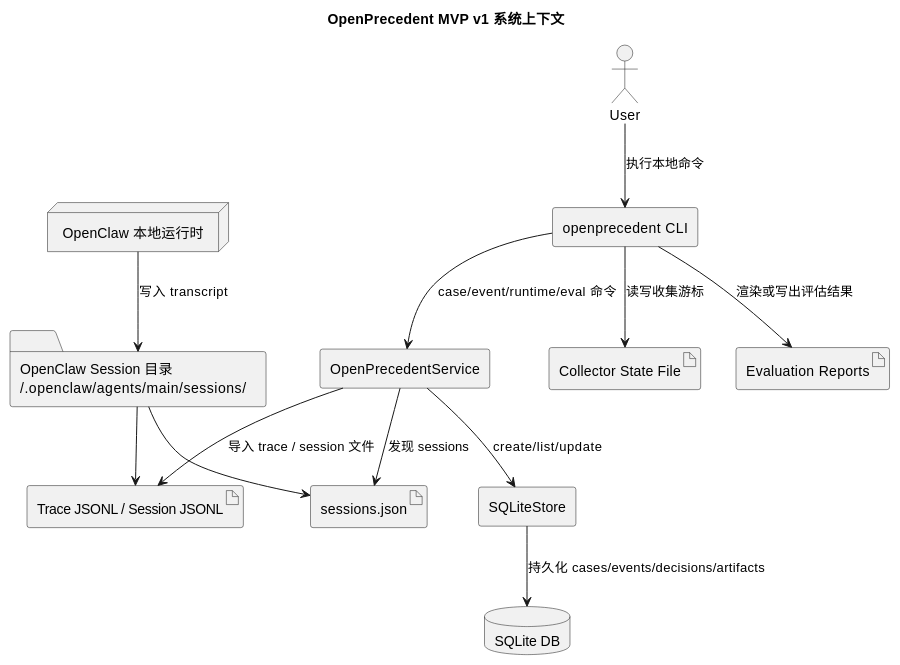
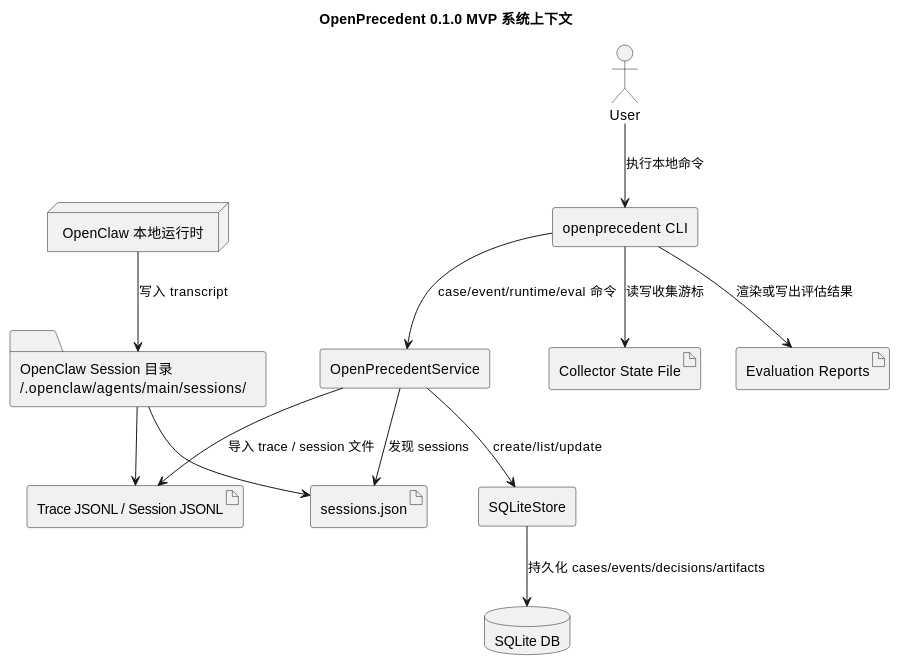
One commit to openprecedent/openprecedent changed the first of 4 diagrams in docs/zh/architecture/mvp-design.md. Above: the diagram before and after it, drawn with PlantUML. The commit also changed other lines of this file and 11 other files, not shown here.

````diff
--- a/docs/zh/architecture/mvp-design.md
+++ b/docs/zh/architecture/mvp-design.md
@@ -90,34 +90,34 @@
 ```plantuml
 @startuml
 skinparam componentStyle rectangle
 skinparam shadowing false
-title OpenPrecedent MVP v1 系统上下文
+title OpenPrecedent 0.1.0 MVP 系统上下文
 
 actor User
 node "OpenClaw 本地运行时" as OpenClaw
 folder "OpenClaw Session 目录\n~/.openclaw/agents/main/sessions/" as Sessions
 artifact "Trace JSONL / Session JSONL" as Jsonl
 artifact "sessions.json" as SessionsIndex
 
 component "openprecedent CLI" as CLI
 component "OpenPrecedentService" as Service
 component "SQLiteStore" as Store
 database "SQLite DB" as DB
 artifact "Collector State File" as State
 artifact "Evaluation Reports" as Reports
 
 User --> CLI : 执行本地命令
 OpenClaw --> Sessions : 写入 transcript
 Sessions --> Jsonl
 Sessions --> SessionsIndex
 
 CLI --> Service : case/event/runtime/eval 命令
 Service --> Store : create/list/update
 Store --> DB : 持久化 cases/events/decisions/artifacts
 
 CLI --> State : 读写收集游标
 Service --> Jsonl : 导入 trace / session 文件
 Service --> SessionsIndex : 发现 sessions
 CLI --> Reports : 渲染或写出评估结果
 @enduml
 ```
````
